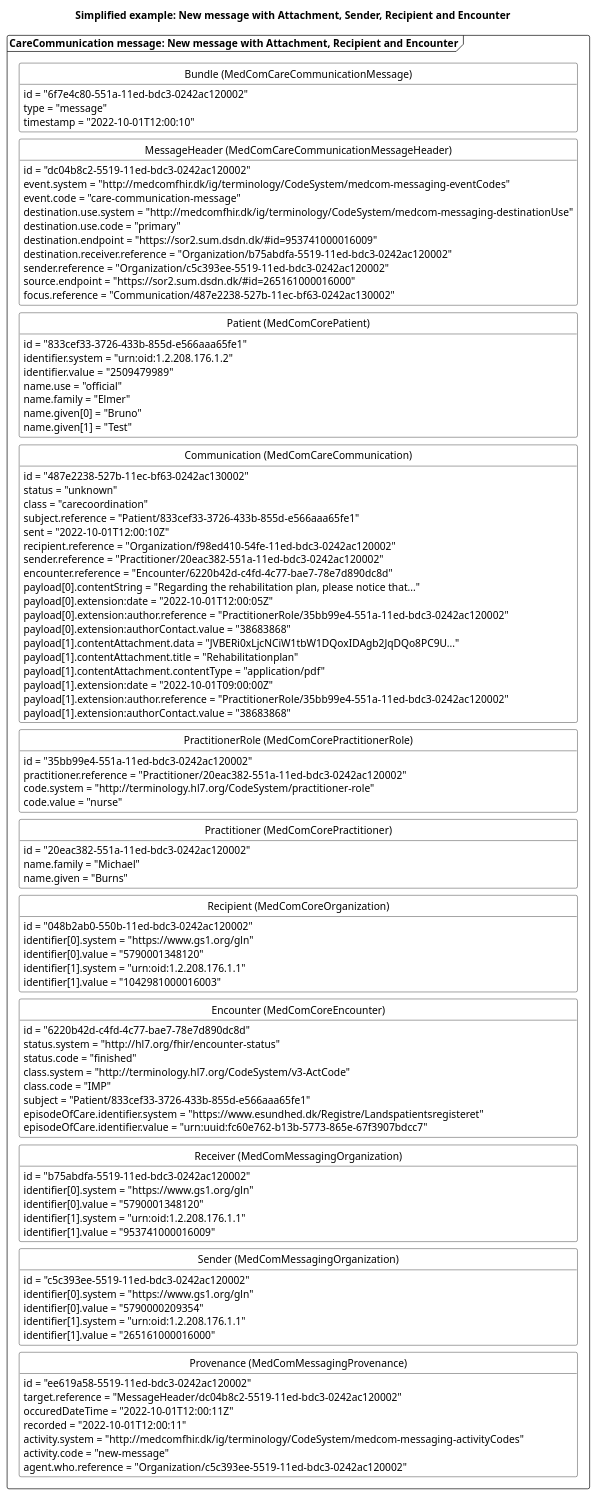
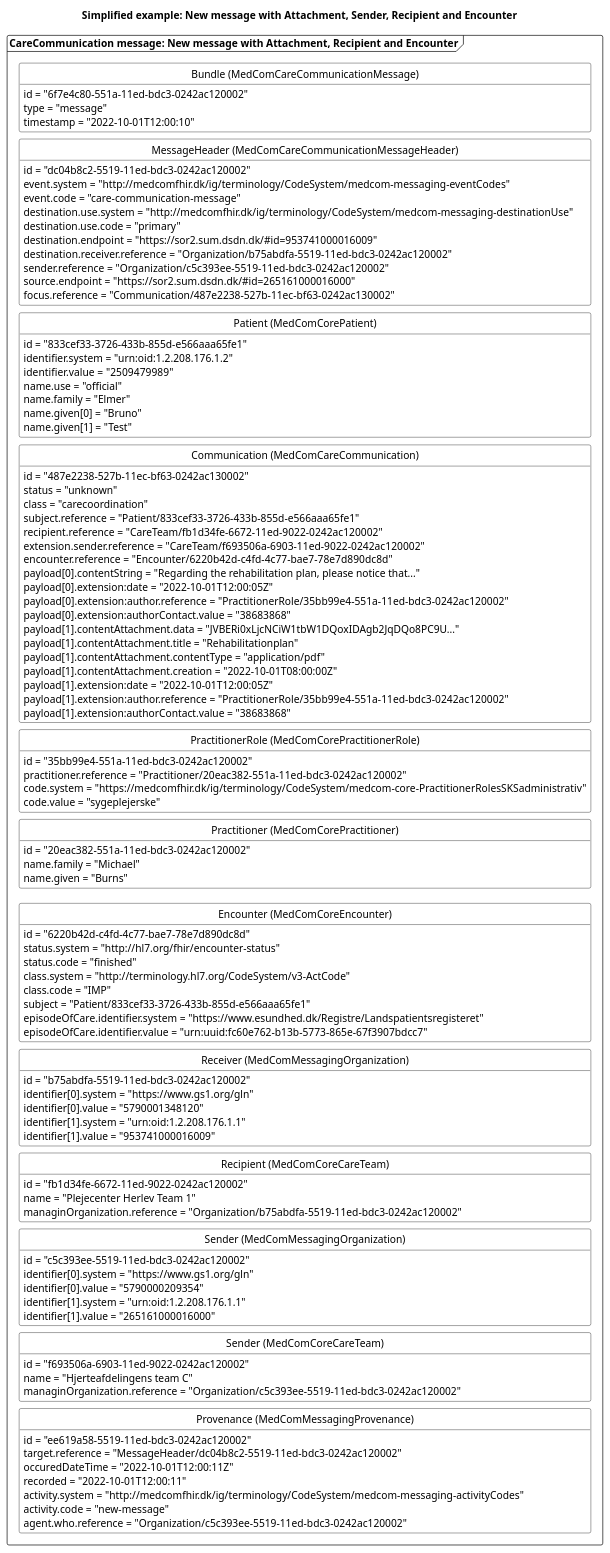
The diagram in puml/CareCommunicationNewMessageWAttachement.puml (medcomdk/dk-medcom-carecommunication), drawn with PlantUML before and after one commit. The commit also changed 22 other files, not shown here.

```diff
--- a/puml/CareCommunicationNewMessageWAttachement.puml
+++ b/puml/CareCommunicationNewMessageWAttachement.puml
@@ -1,130 +1,134 @@
 @startuml CCNewMessageAtt
 
 'layout
 skinparam class {
     BackgroundColor White
     BorderColor Black
     ArrowColor Black
   }
 hide circle
 hide empty members
 skinparam SameClassWidth true
 skinparam Ranksep 10
 
 
 'title
 title Simplified example: New message with Attachment, Sender, Recipient and Encounter
 
 'Message 1: New message with Attachment, Recipient and Encounter
 package "CareCommunication message: New message with Attachment, Recipient and Encounter" as new <<Frame>>{
     class "Bundle (MedComCareCommunicationMessage)" as newB {
         id = "6f7e4c80-551a-11ed-bdc3-0242ac120002"
         type = "message"
         timestamp = "2022-10-01T12:00:10"
     }
     class "MessageHeader (MedComCareCommunicationMessageHeader)" as newMH{
         id = "dc04b8c2-5519-11ed-bdc3-0242ac120002"
         event.system = "http://medcomfhir.dk/ig/terminology/CodeSystem/medcom-messaging-eventCodes"
         event.code = "care-communication-message"
         destination.use.system = "http://medcomfhir.dk/ig/terminology/CodeSystem/medcom-messaging-destinationUse"
         destination.use.code = "primary"
         destination.endpoint = "https://sor2.sum.dsdn.dk/#id=953741000016009"
         destination.receiver.reference = "Organization/b75abdfa-5519-11ed-bdc3-0242ac120002"
         sender.reference = "Organization/c5c393ee-5519-11ed-bdc3-0242ac120002"
         source.endpoint = "https://sor2.sum.dsdn.dk/#id=265161000016000"
         focus.reference = "Communication/487e2238-527b-11ec-bf63-0242ac130002"
     }
     class "Patient (MedComCorePatient)" as newPT{
         id = "833cef33-3726-433b-855d-e566aaa65fe1"
         identifier.system = "urn:oid:1.2.208.176.1.2"
         identifier.value = "2509479989"
         name.use = "official"
         name.family = "Elmer"
         name.given[0] = "Bruno"
         name.given[1] = "Test"
     }
     class "Communication (MedComCareCommunication)" as newCom{
         id = "487e2238-527b-11ec-bf63-0242ac130002"
         status = "unknown"
         class = "carecoordination"
         subject.reference = "Patient/833cef33-3726-433b-855d-e566aaa65fe1"
-        sent = "2022-10-01T12:00:10Z"
-        recipient.reference = "Organization/f98ed410-54fe-11ed-bdc3-0242ac120002"
-        sender.reference = "Practitioner/20eac382-551a-11ed-bdc3-0242ac120002"
+        recipient.reference = "CareTeam/fb1d34fe-6672-11ed-9022-0242ac120002"
+        extension.sender.reference = "CareTeam/f693506a-6903-11ed-9022-0242ac120002"
         encounter.reference = "Encounter/6220b42d-c4fd-4c77-bae7-78e7d890dc8d"
         payload[0].contentString = "Regarding the rehabilitation plan, please notice that..."
         payload[0].extension:date = "2022-10-01T12:00:05Z"
         payload[0].extension:author.reference = "PractitionerRole/35bb99e4-551a-11ed-bdc3-0242ac120002"
         payload[0].extension:authorContact.value = "38683868"
         payload[1].contentAttachment.data = "JVBERi0xLjcNCiW1tbW1DQoxIDAgb2JqDQo8PC9U..."
         payload[1].contentAttachment.title = "Rehabilitationplan"
         payload[1].contentAttachment.contentType = "application/pdf"
-        payload[1].extension:date = "2022-10-01T09:00:00Z"
+        payload[1].contentAttachment.creation = "2022-10-01T08:00:00Z"
+        payload[1].extension:date = "2022-10-01T12:00:05Z"
         payload[1].extension:author.reference = "PractitionerRole/35bb99e4-551a-11ed-bdc3-0242ac120002"
         payload[1].extension:authorContact.value = "38683868"
     }
     class "PractitionerRole (MedComCorePractitionerRole)" as newPracR{
         id = "35bb99e4-551a-11ed-bdc3-0242ac120002"
         practitioner.reference = "Practitioner/20eac382-551a-11ed-bdc3-0242ac120002"
-        code.system = "http://terminology.hl7.org/CodeSystem/practitioner-role"
-        code.value = "nurse"
+        code.system = "https://medcomfhir.dk/ig/terminology/CodeSystem/medcom-core-PractitionerRolesSKSadministrativ"
+        code.value = "sygeplejerske"
     }
     class "Practitioner (MedComCorePractitioner)" as newPrac{
         id = "20eac382-551a-11ed-bdc3-0242ac120002"
         name.family = "Michael"
         name.given = "Burns"
-    }
-    class "Recipient (MedComCoreOrganization)" as recipientOrg{
-        id = "048b2ab0-550b-11ed-bdc3-0242ac120002"
-        identifier[0].system = "https://www.gs1.org/gln"
-        identifier[0].value = "5790001348120"
-        identifier[1].system = "urn:oid:1.2.208.176.1.1"
-        identifier[1].value = "1042981000016003"
     }
     class "Encounter (MedComCoreEncounter)" as newEnc{
         id = "6220b42d-c4fd-4c77-bae7-78e7d890dc8d"
         status.system = "http://hl7.org/fhir/encounter-status"
         status.code = "finished"
         class.system = "http://terminology.hl7.org/CodeSystem/v3-ActCode"
         class.code = "IMP"
         subject = "Patient/833cef33-3726-433b-855d-e566aaa65fe1"
         episodeOfCare.identifier.system = "https://www.esundhed.dk/Registre/Landspatientsregisteret"
         episodeOfCare.identifier.value = "urn:uuid:fc60e762-b13b-5773-865e-67f3907bdcc7"
     }
     class "Receiver (MedComMessagingOrganization)" as newROrg{
         id = "b75abdfa-5519-11ed-bdc3-0242ac120002"
         identifier[0].system = "https://www.gs1.org/gln"
         identifier[0].value = "5790001348120"
         identifier[1].system = "urn:oid:1.2.208.176.1.1"
         identifier[1].value = "953741000016009"
     }
+    class "Recipient (MedComCoreCareTeam)" as recipientCare{
+        id = "fb1d34fe-6672-11ed-9022-0242ac120002"
+        name = "Plejecenter Herlev Team 1"
+        managinOrganization.reference = "Organization/b75abdfa-5519-11ed-bdc3-0242ac120002"
+    }
     class "Sender (MedComMessagingOrganization)" as newSOrg{
         id = "c5c393ee-5519-11ed-bdc3-0242ac120002"
         identifier[0].system = "https://www.gs1.org/gln"
         identifier[0].value = "5790000209354"
         identifier[1].system = "urn:oid:1.2.208.176.1.1"
         identifier[1].value = "265161000016000"
+    }
+    class "Sender (MedComCoreCareTeam)" as senderCare{
+        id = "f693506a-6903-11ed-9022-0242ac120002"
+        name = "Hjerteafdelingens team C"
+        managinOrganization.reference = "Organization/c5c393ee-5519-11ed-bdc3-0242ac120002"
     }
     class "Provenance (MedComMessagingProvenance)" as newPRO{
         id = "ee619a58-5519-11ed-bdc3-0242ac120002"
         target.reference = "MessageHeader/dc04b8c2-5519-11ed-bdc3-0242ac120002"
         occuredDateTime = "2022-10-01T12:00:11Z"
         recorded = "2022-10-01T12:00:11"
         activity.system = "http://medcomfhir.dk/ig/terminology/CodeSystem/medcom-messaging-activityCodes"
         activity.code = "new-message"
         agent.who.reference = "Organization/c5c393ee-5519-11ed-bdc3-0242ac120002"
     }
 
 newB -[hidden]- newMH
 newMH -[hidden]-newPT
 newPT-[hidden]-newCom
 newCom -[hidden]-newPracR
 newPracR-[hidden]-newPrac
-newPrac-[hidden]-recipientOrg
-recipientOrg-[hidden]-newEnc
+newPrac-[hidden]--newEnc
 newEnc-[hidden]-newROrg
-newROrg-[hidden]- newSOrg
-newSOrg-[hidden]-newPRO
+newROrg-[hidden]-recipientCare
+recipientCare-[hidden]-newSOrg
+newSOrg-[hidden]-senderCare
+senderCare-[hidden]-newPRO
 
 
 @enduml
```
